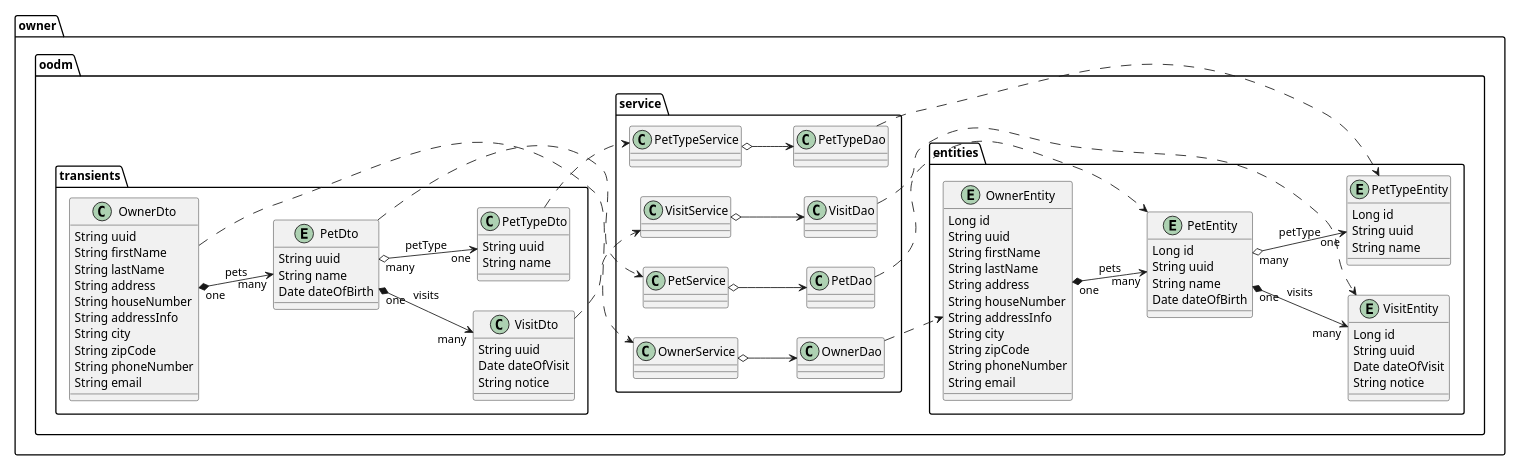
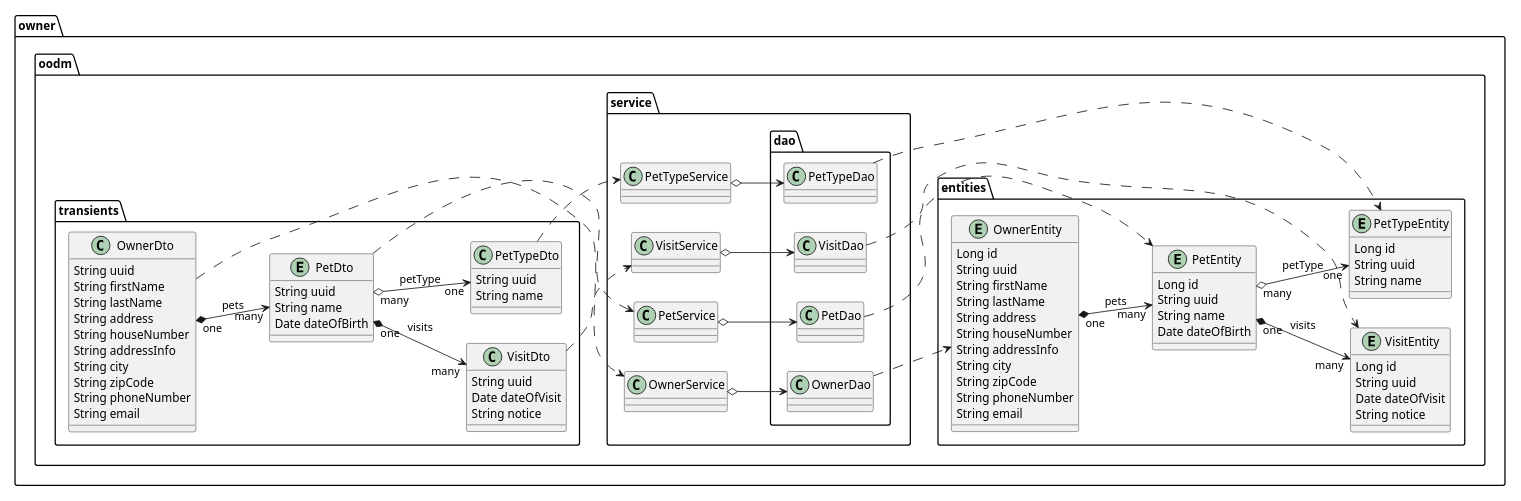
One commit to Jakarta-EE-Petclinic/petclinic-uml changed the diagram in puml/owner/OwnerDB__class.puml. Above: the diagram before and after it, drawn with PlantUML. The commit also changed 2 other files, not shown here.

```diff
--- a/puml/owner/OwnerDB__class.puml
+++ b/puml/owner/OwnerDB__class.puml
@@ -1,133 +1,147 @@
 @startuml
 'https://plantuml.com/class-diagram
 
 
 left to right direction
 ' top to bottom direction
 
 scale 1000 width
 
 package owner.oodm {
 
     package owner.oodm.entities {
 
         entity OwnerEntity {
             Long id
             String uuid
             String firstName
             String lastName
             String address
             String houseNumber
             String addressInfo
             String city
             String zipCode
             String phoneNumber
             String email
         }
 
         entity PetEntity {
             Long id
             String uuid
             String name
             Date dateOfBirth
         }
 
         entity VisitEntity {
             Long id
             String uuid
             Date dateOfVisit
             String notice
         }
 
         entity PetTypeEntity {
             Long id
             String uuid
             String name
         }
+
+        OwnerEntity "one"  *--> "many"  PetEntity: pets
+        PetEntity "one" *--> "many" VisitEntity: visits
+        PetEntity "many"  o-->  "one" PetTypeEntity: petType
+
     }
 
     package owner.oodm.service {
 
         class OwnerService {
         }
 
-        class OwnerDao {
-        }
-
         class PetService {
-        }
-
-        class PetDao {
         }
 
         class VisitService {
         }
 
-        class VisitDao {
-        }
-
         class PetTypeService {
         }
 
-        class PetTypeDao {
+        package owner.oodm.service.dao {
+
+            class OwnerDao {
+            }
+
+            class PetDao {
+            }
+
+            class VisitDao {
+            }
+
+            class PetTypeDao {
+            }
+
+            OwnerDao ..> OwnerEntity
+            PetDao ..> PetEntity
+            PetTypeDao ..> PetTypeEntity
+            VisitDao ..> VisitEntity
         }
+
+        OwnerService o--> OwnerDao
+        PetService o--> PetDao
+        PetTypeService o--> PetTypeDao
+        VisitService o--> VisitDao
     }
 
     package owner.oodm.transients {
 
         class OwnerDto {
             String uuid
             String firstName
             String lastName
             String address
             String houseNumber
             String addressInfo
             String city
             String zipCode
             String phoneNumber
             String email
         }
 
         entity PetDto {
             String uuid
             String name
             Date dateOfBirth
         }
 
         class PetTypeDto {
             String uuid
             String name
         }
 
         class VisitDto {
             String uuid
             Date dateOfVisit
             String notice
         }
+
+        OwnerDto "one"  *--> "many"  PetDto: pets
+        PetDto "one" *--> "many" VisitDto: visits
+        PetDto "many"  o-->  "one" PetTypeDto: petType
+
+        OwnerDto ..> OwnerService
+        PetDto ..> PetService
+        VisitDto ..> VisitService
+        PetTypeDto  ..> PetTypeService
     }
 }
 
-OwnerEntity "one"  *--> "many"  PetEntity: pets
-PetEntity "one" *--> "many" VisitEntity: visits
-PetEntity "many"  o-->  "one" PetTypeEntity: petType
 
-OwnerDao ..> OwnerEntity
-PetDao ..> PetEntity
-PetTypeDao ..> PetTypeEntity
-VisitDao ..> VisitEntity
 
-OwnerService o--> OwnerDao
-PetService o--> PetDao
-PetTypeService o--> PetTypeDao
-VisitService o--> VisitDao
 
-OwnerDto "one"  *--> "many"  PetDto: pets
-PetDto "one" *--> "many" VisitDto: visits
-PetDto "many"  o-->  "one" PetTypeDto: petType
 
-OwnerDto ..> OwnerService
-PetDto ..> PetService
-VisitDto ..> VisitService
-PetTypeDto  ..> PetTypeService
+
+
+
+
+
 
 @enduml
```
